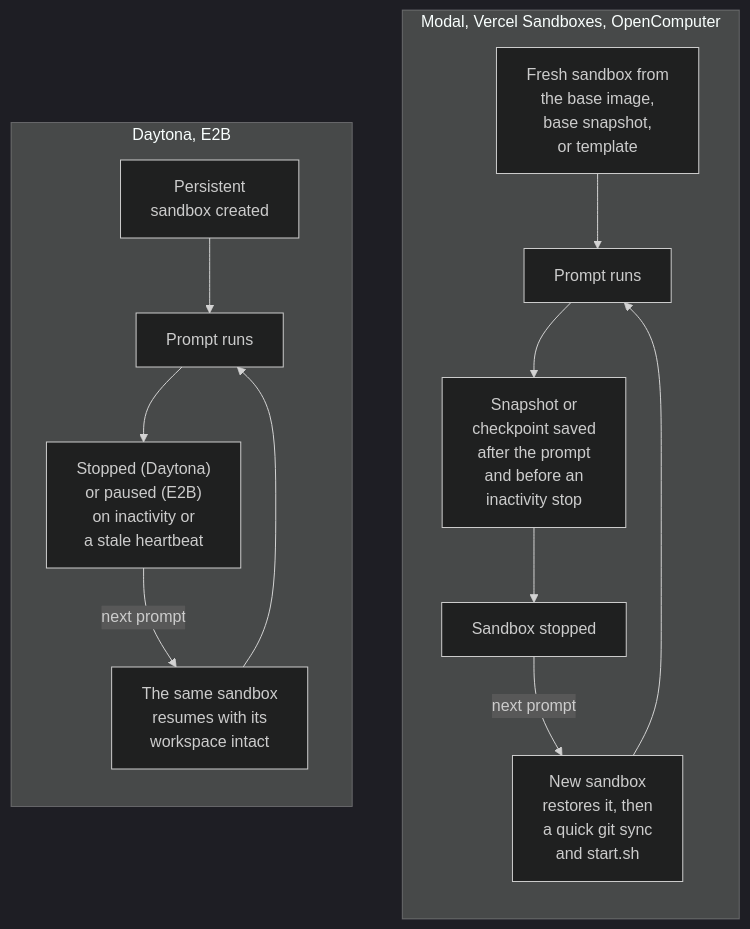
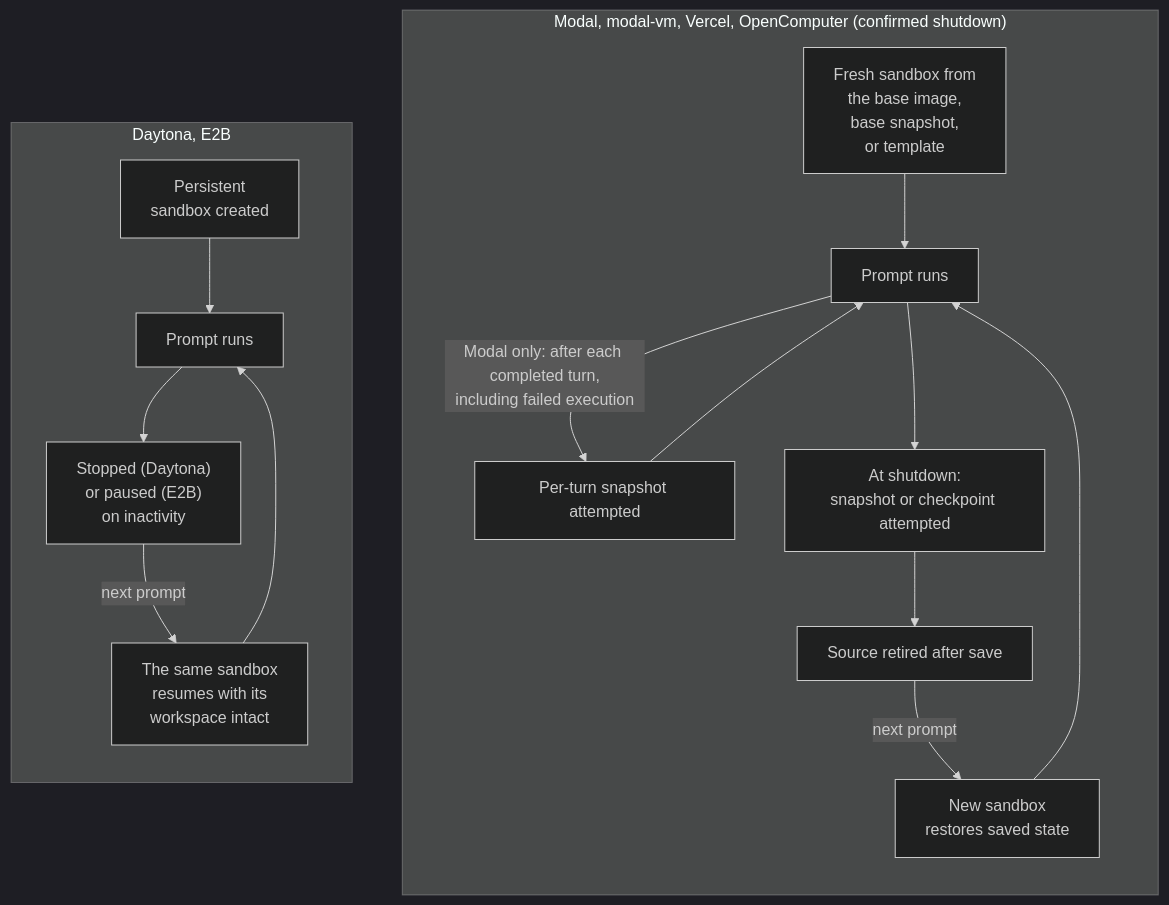
The diagram in packages/docs/content/docs/configure/sandbox-providers.mdx (Cheeli0/background-agents), drawn with Mermaid (dark theme) before and after one commit. The commit also changed other lines of this file and 26 other files, not shown here.

````diff
--- a/packages/docs/content/docs/configure/sandbox-providers.mdx
+++ b/packages/docs/content/docs/configure/sandbox-providers.mdx
@@ -43,19 +43,21 @@
 ```mermaid
 flowchart TB
     accTitle: Snapshot-based providers compared with persistent providers
-    subgraph snap["Modal, Vercel Sandboxes, OpenComputer"]
+    subgraph snap["Modal, modal-vm, Vercel, OpenComputer (confirmed shutdown)"]
         direction TB
         s1["Fresh sandbox from<br/>the base image,<br/>base snapshot,<br/>or template"] --> s2["Prompt runs"]
-        s2 --> s3["Snapshot or<br/>checkpoint saved<br/>after the prompt<br/>and before an<br/>inactivity stop"]
-        s3 --> s4["Sandbox stopped"]
-        s4 -- "next prompt" --> s5["New sandbox<br/>restores it, then<br/>a quick git sync<br/>and start.sh"]
+        s2 -- "Modal only: after each completed turn,<br/>including failed execution" --> st["Per-turn snapshot attempted"]
+        st --> s2
+        s2 --> s3["At shutdown:<br/>snapshot or checkpoint attempted"]
+        s3 --> s4["Source retired after save"]
+        s4 -- "next prompt" --> s5["New sandbox<br/>restores saved state"]
         s5 --> s2
     end
     subgraph persist["Daytona, E2B"]
         direction TB
         p1["Persistent<br/>sandbox created"] --> p2["Prompt runs"]
-        p2 --> p3["Stopped (Daytona)<br/>or paused (E2B)<br/>on inactivity or<br/>a stale heartbeat"]
+        p2 --> p3["Stopped (Daytona)<br/>or paused (E2B)<br/>on inactivity"]
         p3 -- "next prompt" --> p4["The same sandbox<br/>resumes with its<br/>workspace intact"]
         p4 --> p2
     end
 ```
````
